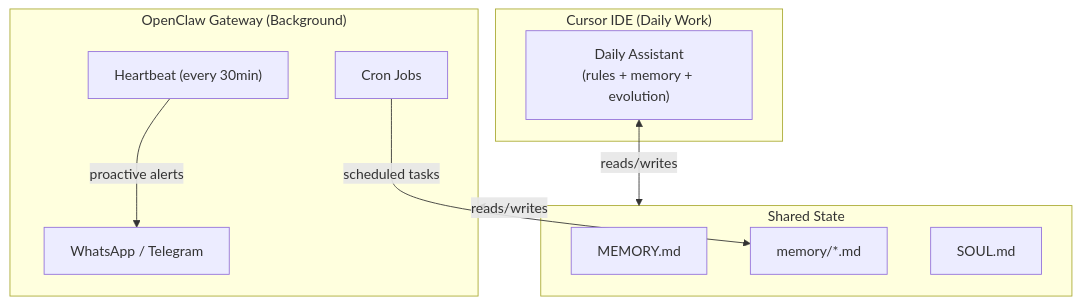
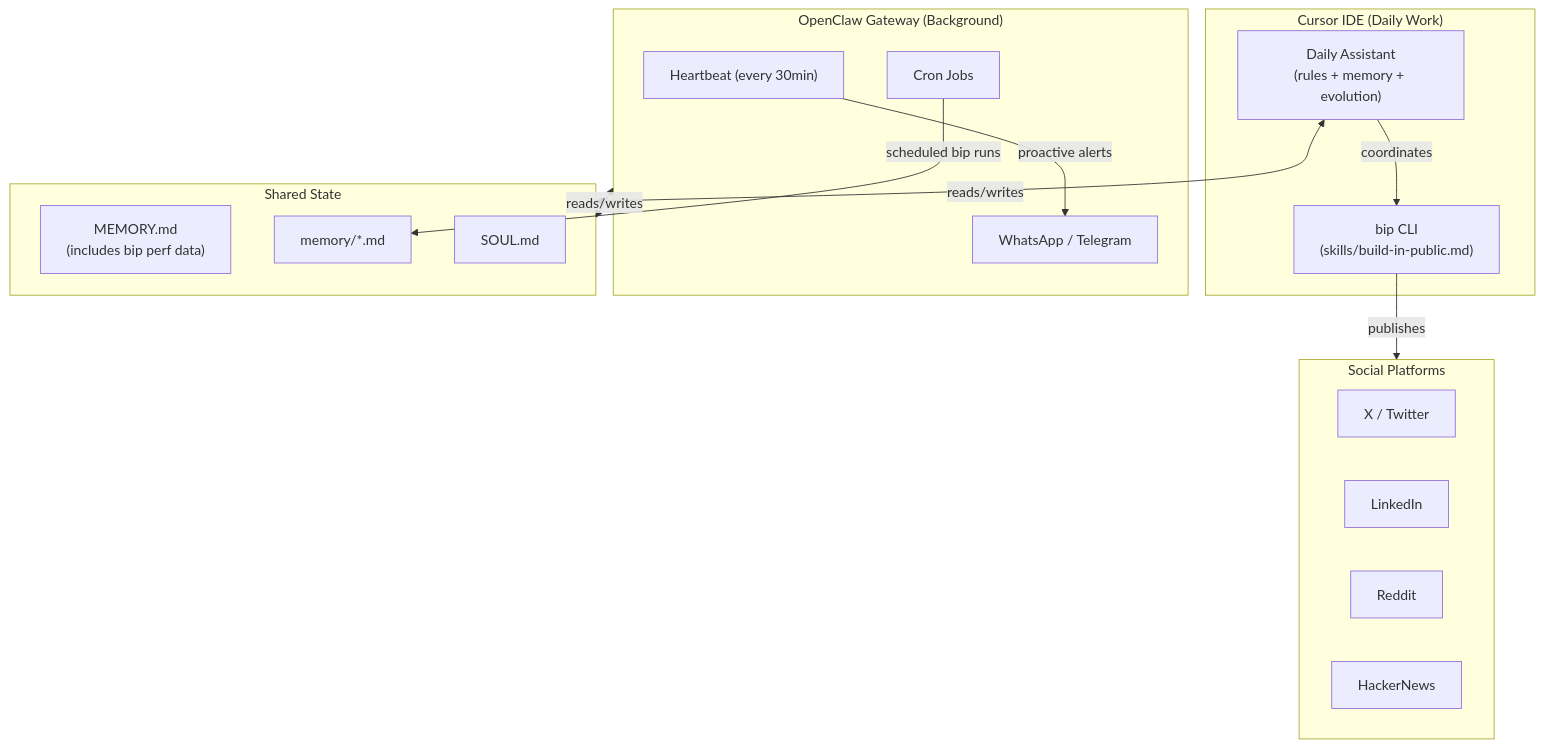
Before and after one commit to cynthialmy/cynthialmy.github.io: the tenth of 10 diagrams in _posts/2026-02-27-self-evolving-ai-assistant.md, drawn with Mermaid. The commit also changed other lines of this file and 1 other file, not shown here.

Commit message:
added  bip npm build

````diff
--- a/_posts/2026-02-27-self-evolving-ai-assistant.md
+++ b/_posts/2026-02-27-self-evolving-ai-assistant.md
@@ -481,23 +548,33 @@
 ```mermaid
 flowchart TB
     subgraph IDE ["Cursor IDE (Daily Work)"]
         DA["Daily Assistant<br/>(rules + memory + evolution)"]
+        BIP["bip CLI<br/>(skills/build-in-public.md)"]
+        DA -->|"coordinates"| BIP
     end
 
     subgraph OC ["OpenClaw Gateway (Background)"]
         HB["Heartbeat (every 30min)"]
         Cron["Cron Jobs"]
         Channels["WhatsApp / Telegram"]
     end
 
     subgraph Shared ["Shared State"]
-        MemMD["MEMORY.md"]
+        MemMD["MEMORY.md<br/>(includes bip perf data)"]
         DailyLogs["memory/*.md"]
         Soul["SOUL.md"]
     end
 
+    subgraph Social ["Social Platforms"]
+        X["X / Twitter"]
+        LI["LinkedIn"]
+        RD["Reddit"]
+        HN["HackerNews"]
+    end
+
     DA <-->|"reads/writes"| Shared
     OC <-->|"reads/writes"| Shared
+    BIP -->|"publishes"| Social
     HB -->|"proactive alerts"| Channels
-    Cron -->|"scheduled tasks"| DailyLogs
+    Cron -->|"scheduled bip runs"| DailyLogs
 ```
````
